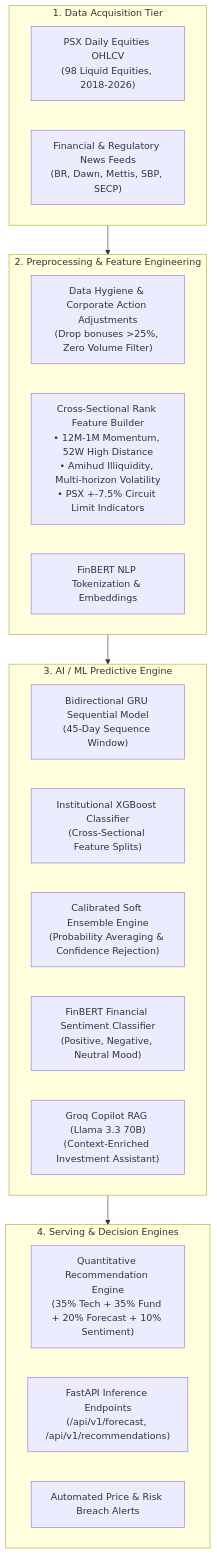
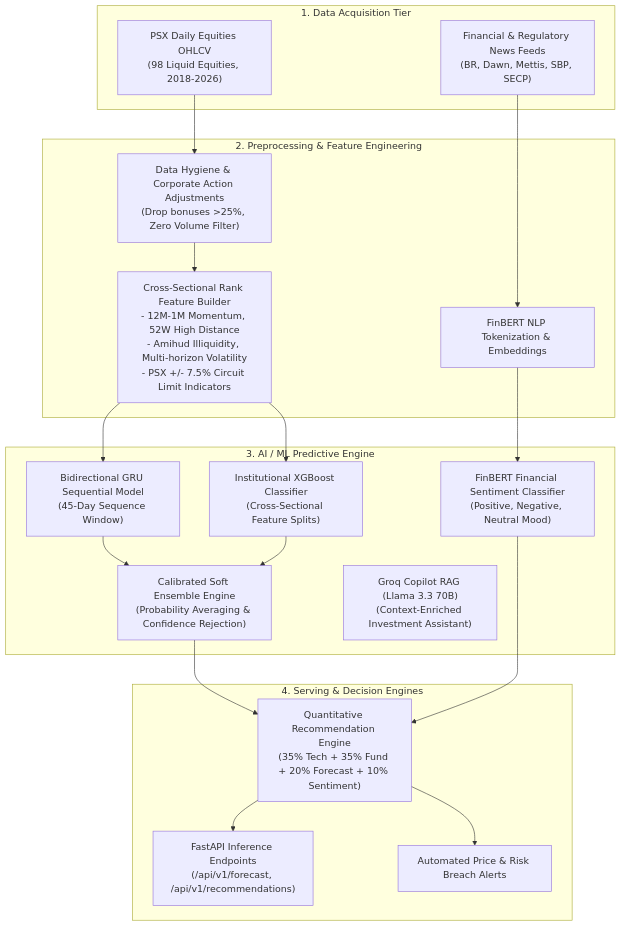
Before and after one commit to iahmedd-k/Basarat-fyp-official: the diagram in docs/09-ai-ml/README.md, drawn with Mermaid. The commit also changed 8 other files, not shown here.

Commit message:
docs: fix mermaid diagrams across README and documentation suite

````diff
--- a/docs/09-ai-ml/README.md
+++ b/docs/09-ai-ml/README.md
@@ -7,31 +7,40 @@
 ```mermaid
 flowchart TD
     subgraph DataIngestion ["1. Data Acquisition Tier"]
         PSX_OHLCV["PSX Daily Equities OHLCV<br/>(98 Liquid Equities, 2018-2026)"]
         NEWS_CORPUS["Financial & Regulatory News Feeds<br/>(BR, Dawn, Mettis, SBP, SECP)"]
     end
 
     subgraph FeaturePipeline ["2. Preprocessing & Feature Engineering"]
         DATA_CLEAN["Data Hygiene & Corporate Action Adjustments<br/>(Drop bonuses >25%, Zero Volume Filter)"]
-        FE_ENGINE["Cross-Sectional Rank Feature Builder<br/>• 12M-1M Momentum, 52W High Distance<br/>• Amihud Illiquidity, Multi-horizon Volatility<br/>• PSX +-7.5% Circuit Limit Indicators"]
+        FE_ENGINE["Cross-Sectional Rank Feature Builder<br/>- 12M-1M Momentum, 52W High Distance<br/>- Amihud Illiquidity, Multi-horizon Volatility<br/>- PSX +/- 7.5% Circuit Limit Indicators"]
         FINBERT_TOKEN["FinBERT NLP Tokenization & Embeddings"]
     end
 
     subgraph ModelTier ["3. AI / ML Predictive Engine"]
         BIGRU["Bidirectional GRU Sequential Model<br/>(45-Day Sequence Window)"]
         XGBOOST["Institutional XGBoost Classifier<br/>(Cross-Sectional Feature Splits)"]
         ENSEMBLE["Calibrated Soft Ensemble Engine<br/>(Probability Averaging & Confidence Rejection)"]
         FINBERT["FinBERT Financial Sentiment Classifier<br/>(Positive, Negative, Neutral Mood)"]
         GROQ_LLM["Groq Copilot RAG (Llama 3.3 70B)<br/>(Context-Enriched Investment Assistant)"]
     end
 
     subgraph DownstreamServing ["4. Serving & Decision Engines"]
         QUANT_RANK["Quantitative Recommendation Engine<br/>(35% Tech + 35% Fund + 20% Forecast + 10% Sentiment)"]
         API_SERVING["FastAPI Inference Endpoints<br/>(/api/v1/forecast, /api/v1/recommendations)"]
         ALERTS["Automated Price & Risk Breach Alerts"]
     end
 
-    DataIngestion --> FeaturePipeline
-    FeaturePipeline --> ModelTier
-    ModelTier --> DownstreamServing
+    PSX_OHLCV --> DATA_CLEAN
+    NEWS_CORPUS --> FINBERT_TOKEN
+    DATA_CLEAN --> FE_ENGINE
+    FE_ENGINE --> BIGRU
+    FE_ENGINE --> XGBOOST
+    FINBERT_TOKEN --> FINBERT
+    BIGRU --> ENSEMBLE
+    XGBOOST --> ENSEMBLE
+    ENSEMBLE --> QUANT_RANK
+    FINBERT --> QUANT_RANK
+    QUANT_RANK --> API_SERVING
+    QUANT_RANK --> ALERTS
 ```
````
